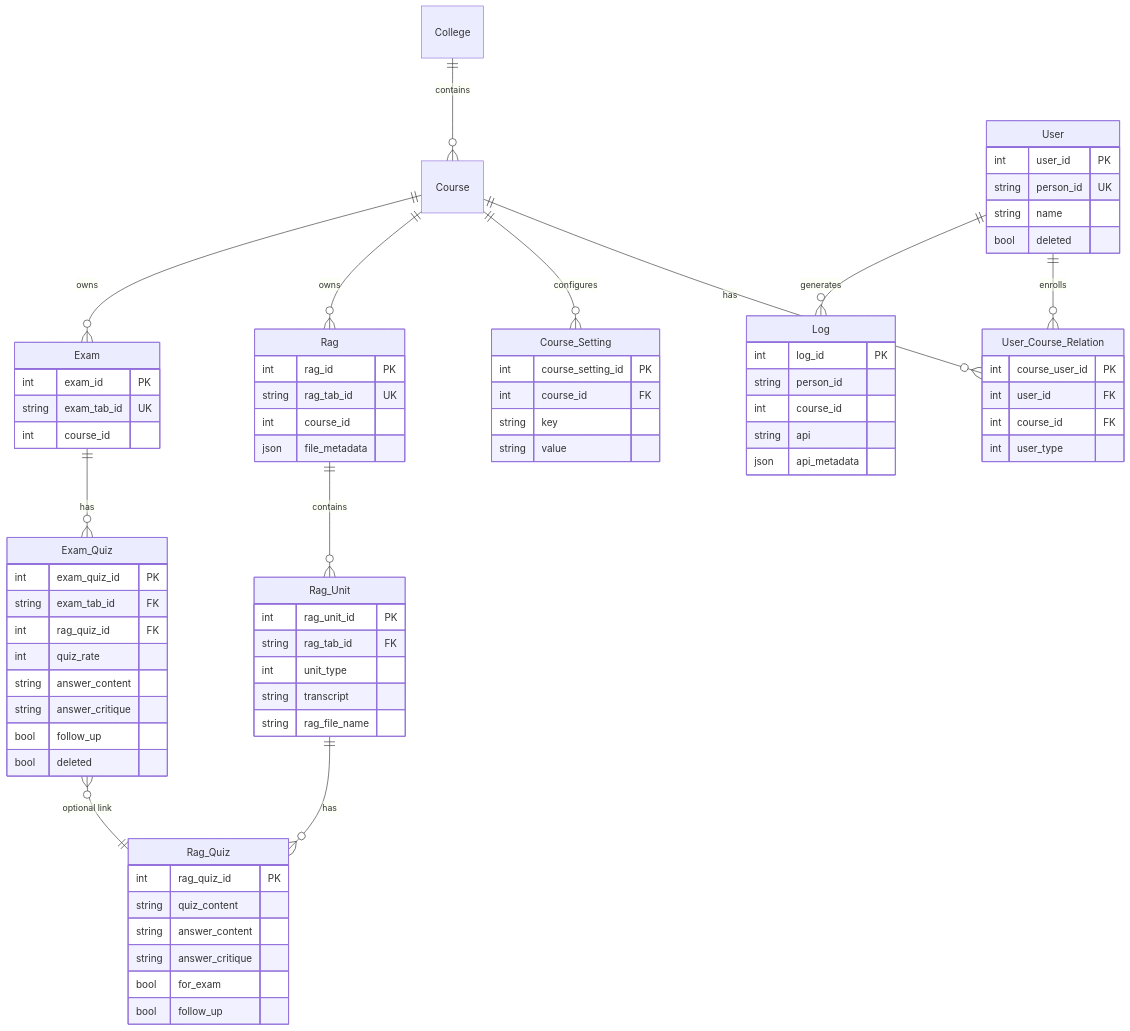
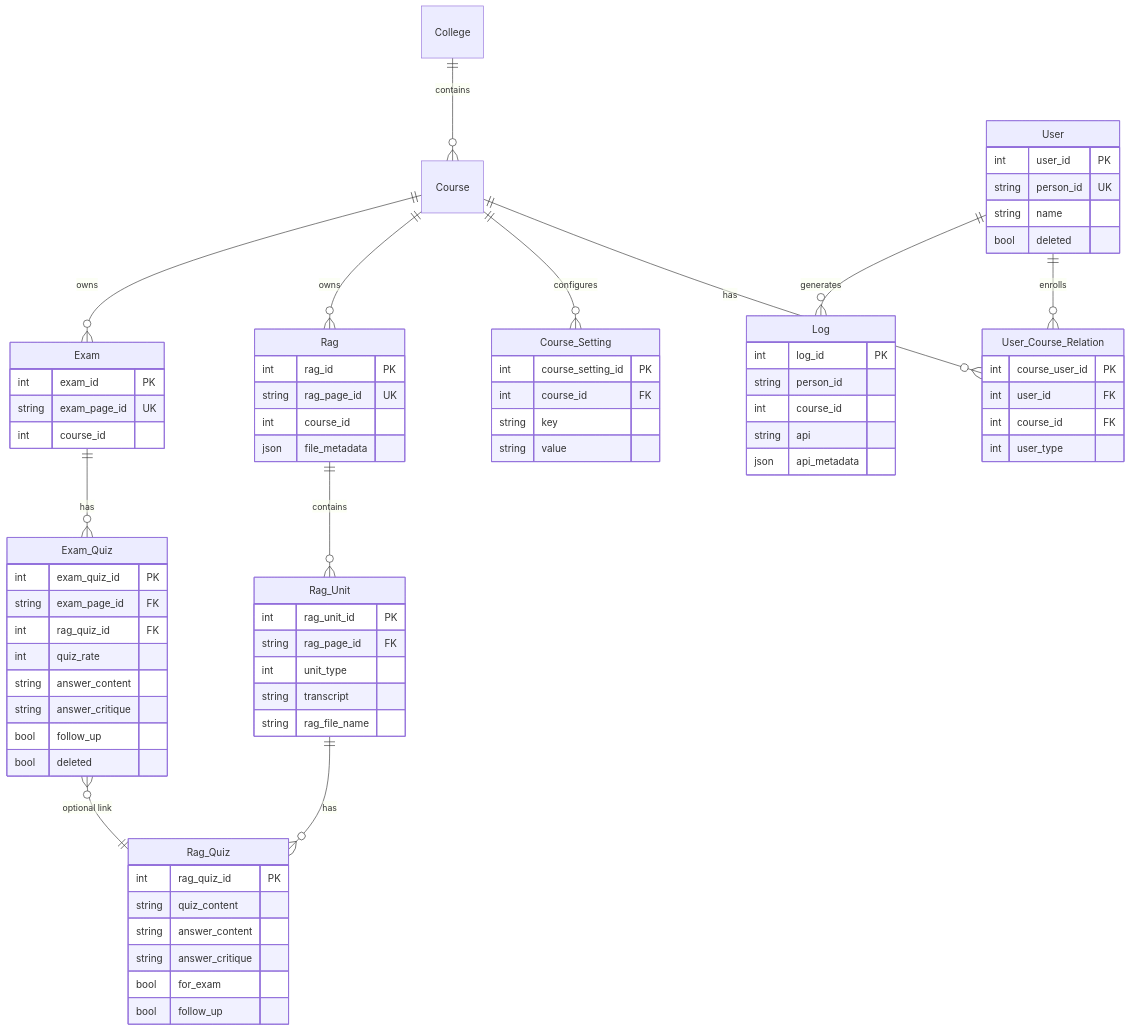
Before and after one commit to kevin7261/MyQuiz-ai-backend: the third of 6 diagrams in README.md, drawn with Mermaid. The commit also changed other lines of this file and 15 other files, not shown here.

First line of the commit message:
Update API endpoints and documentation to replace 'tab_id' with 'page_id'

````diff
--- a/README.md
+++ b/README.md
@@ -227,76 +227,76 @@
 ```mermaid
 erDiagram
     College ||--o{ Course : contains
     User ||--o{ User_Course_Relation : enrolls
     Course ||--o{ User_Course_Relation : has
     Course ||--o{ Course_Setting : configures
     Course ||--o{ Rag : owns
     Rag ||--o{ Rag_Unit : contains
     Rag_Unit ||--o{ Rag_Quiz : has
     Course ||--o{ Exam : owns
     Exam ||--o{ Exam_Quiz : has
     Exam_Quiz }o--|| Rag_Quiz : "optional link"
     User ||--o{ Log : generates
 
     User {
         int user_id PK
         string person_id UK
         string name
         bool deleted
     }
     User_Course_Relation {
         int course_user_id PK
         int user_id FK
         int course_id FK
         int user_type
     }
     Rag {
         int rag_id PK
-        string rag_tab_id UK
+        string rag_page_id UK
         int course_id
         json file_metadata
     }
     Rag_Unit {
         int rag_unit_id PK
-        string rag_tab_id FK
+        string rag_page_id FK
         int unit_type
         string transcript
         string rag_file_name
     }
     Rag_Quiz {
         int rag_quiz_id PK
         string quiz_content
         string answer_content
         string answer_critique
         bool for_exam
         bool follow_up
     }
     Exam {
         int exam_id PK
-        string exam_tab_id UK
+        string exam_page_id UK
         int course_id
     }
     Exam_Quiz {
         int exam_quiz_id PK
-        string exam_tab_id FK
+        string exam_page_id FK
         int rag_quiz_id FK
         int quiz_rate
         string answer_content
         string answer_critique
         bool follow_up
         bool deleted
     }
     Course_Setting {
         int course_setting_id PK
         int course_id FK
         string key
         string value
     }
     Log {
         int log_id PK
         string person_id
         int course_id
         string api
         json api_metadata
     }
 ```
````
